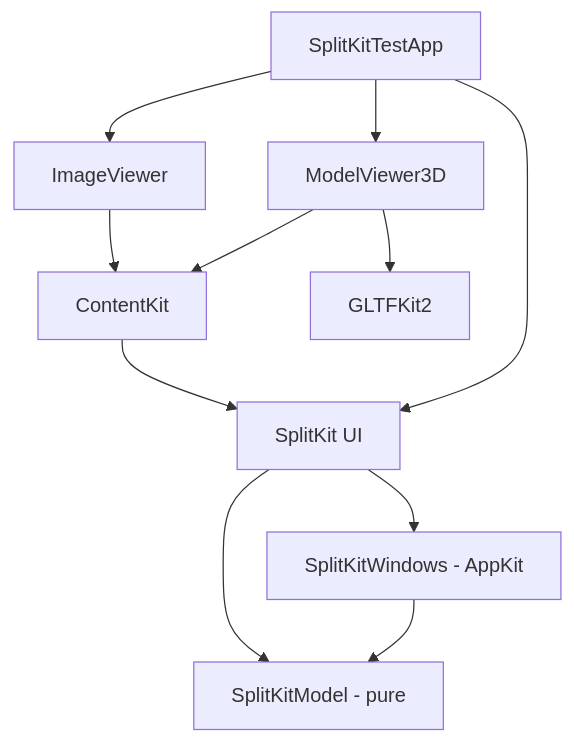
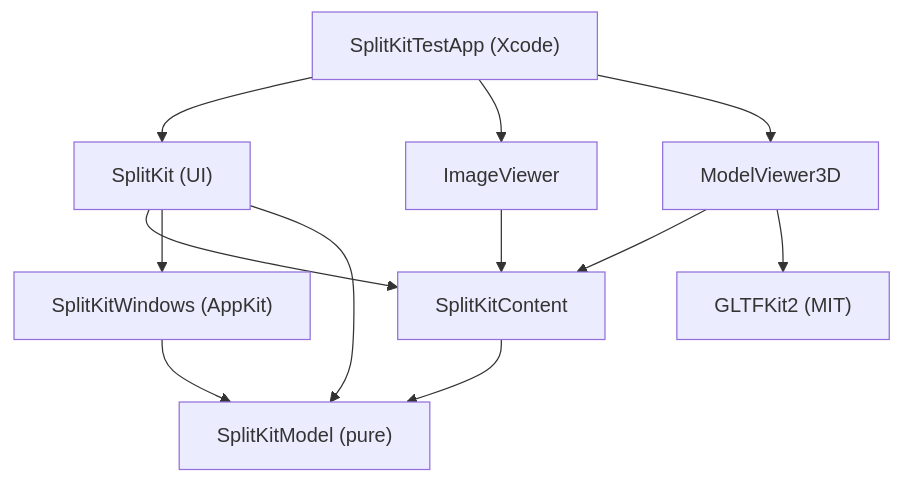
The diagram in Docs/Phase0-Spec.md (mdidillon/SplitKit), drawn with Mermaid before and after one commit. The commit also changed other lines of this file and 1 other file, not shown here.

Commit message:
Spec revision 2: incorporate external review (package graph, canonical API, op transactions, close/persistence lifecycle, early spikes)

````diff
--- a/Docs/Phase0-Spec.md
+++ b/Docs/Phase0-Spec.md
@@ -42,13 +68,14 @@
 ```mermaid
 graph TD
-  App[SplitKitTestApp] --> IV[ImageViewer]
-  App --> MV[ModelViewer3D]
-  App --> SK[SplitKit UI]
-  IV --> CK[ContentKit]
-  MV --> CK
-  MV --> G[GLTFKit2]
-  CK --> SK
-  SK --> SKM[SplitKitModel - pure]
-  SKW[SplitKitWindows - AppKit] --> SKM
-  SK --> SKW
+  App["SplitKitTestApp (Xcode)"] --> SK["SplitKit (UI)"]
+  App --> IV["ImageViewer"]
+  App --> MV["ModelViewer3D"]
+  IV --> SKC["SplitKitContent"]
+  MV --> SKC
+  MV --> G["GLTFKit2 (MIT)"]
+  SK --> SKC
+  SK --> SKW["SplitKitWindows (AppKit)"]
+  SK --> SKM["SplitKitModel (pure)"]
+  SKW --> SKM
+  SKC --> SKM
 ```
````
